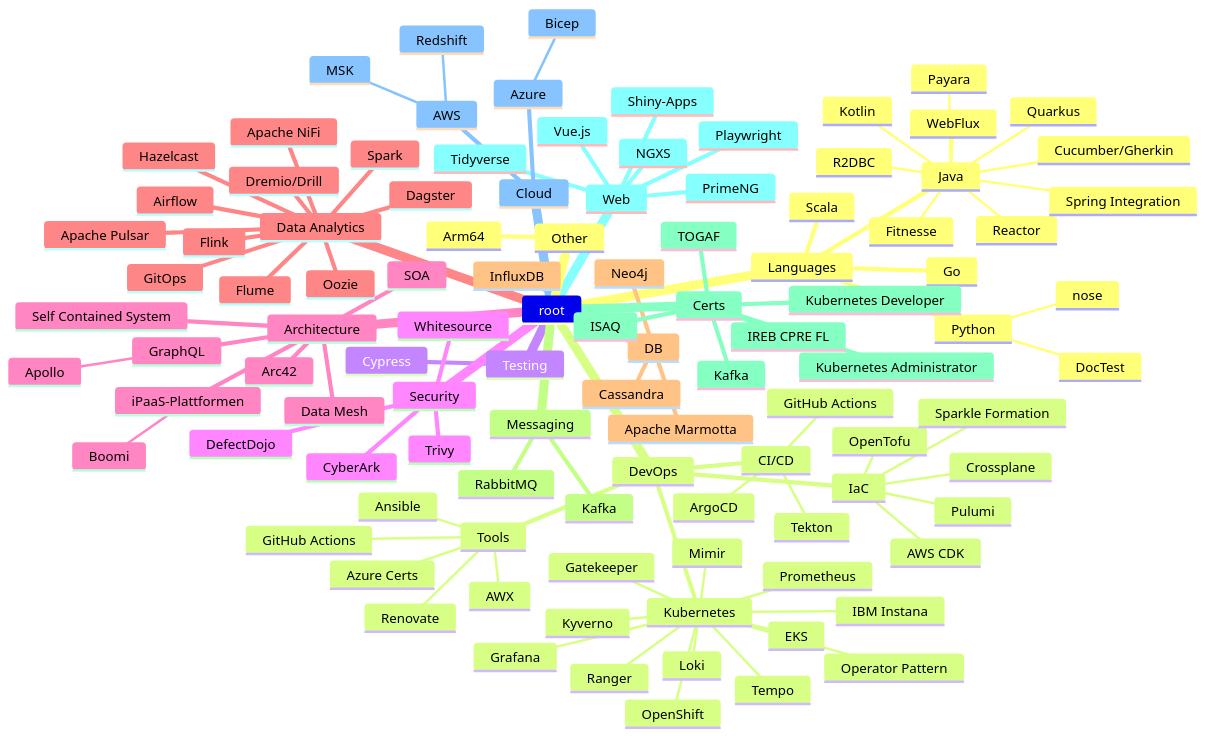
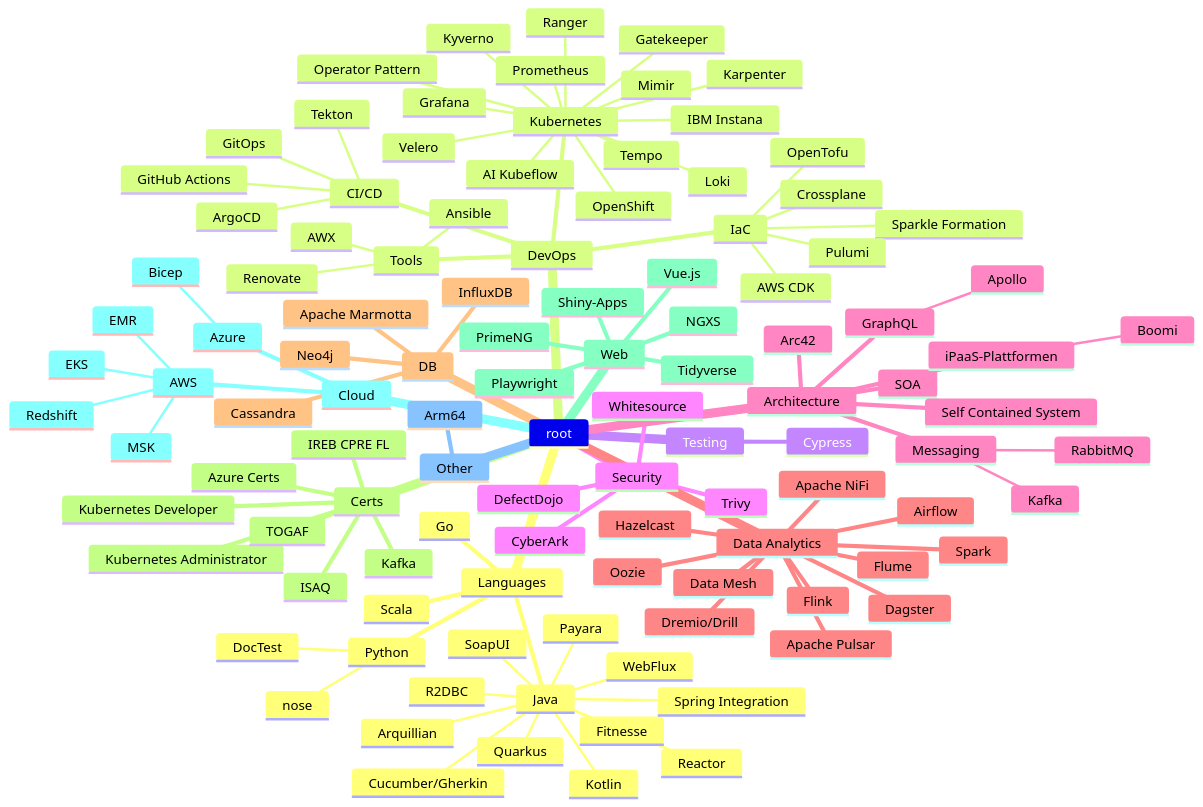
One commit to thinkaboutcode/knowledge-base changed the diagram in trends_cheatsheet.md. Above: the diagram before and after it, drawn with Mermaid.

Commit message:
fixed cheatsheet for trends

```diff
--- a/trends_cheatsheet.md
+++ b/trends_cheatsheet.md
@@ -7,91 +7,94 @@
       Go
       Scala
       Java
-        Kotlin
         WebFlux
         Reactor
         R2DBC
         Payara
-        Spring Integration
+        Kotlin
+        Arquillian
+        SoapUI
         Fitnesse
         Cucumber/Gherkin
+        Spring Integration
         Quarkus
       Python
         DocTest
         nose
     DevOps
-      CI/CD
-        Tekton
-        GitHub Actions
-        ArgoCD
       Kubernetes
-        OpenShift
-        EKS
         Kyverno
         Gatekeeper
+        AI Kubeflow
+        Loki
         Prometheus
         Grafana
         Mimir
+        OpenShift
         Ranger        
+        IBM Instana
         Operator Pattern
-        Loki
-        IBM Instana
+        Karpenter
+        Velero
         Tempo
+      CI/CD
+        Tekton
+        GitOps
+        GitHub Actions
+        ArgoCD
       Tools
         Ansible
         AWX
         Renovate
-        GitHub Actions
-        Azure Certs
       IaC
+        Crossplane
         OpenTofu
+        Sparkle Formation             
+        Pulumi
         AWS CDK
-        Crossplane
-        Pulumi
-        Sparkle Formation             
     Testing
       Cypress
     Security
+      Whitesource
+      Trivy
       DefectDojo
       CyberArk
-      Trivy
-      Whitesource
     Architecture
       SOA
-      Self Contained System
-      Data Mesh
-      Arc42
       GraphQL
         Apollo
+      Arc42
+      Self Contained System
       iPaaS-Plattformen
         Boomi
+      Messaging
+        Kafka
+        RabbitMQ
     Data Analytics
+      Apache NiFi
+      Apache Pulsar
       Dremio/Drill
+      Hazelcast
+      Flink   
       Spark
       Dagster
       Airflow
       Oozie
-      GitOps
       Flume
-      Apache NiFi
-      Apache Pulsar
-      Hazelcast
-      Flink   
+      Data Mesh
     DB
       InfluxDB
       Neo4j
       Cassandra
       Apache Marmotta     
-    Messaging
-      RabbitMQ
-      Kafka
     Certs
       Kubernetes Administrator
       Kubernetes Developer
       IREB CPRE FL
+      TOGAF
+      Azure Certs
       Kafka
       ISAQ
-      TOGAF
     Web
       Vue.js
       NGXS
@@ -102,7 +105,9 @@
     Cloud
       AWS
         MSK
+        EMR
         Redshift
+        EKS
       Azure
         Bicep
     Other
```
